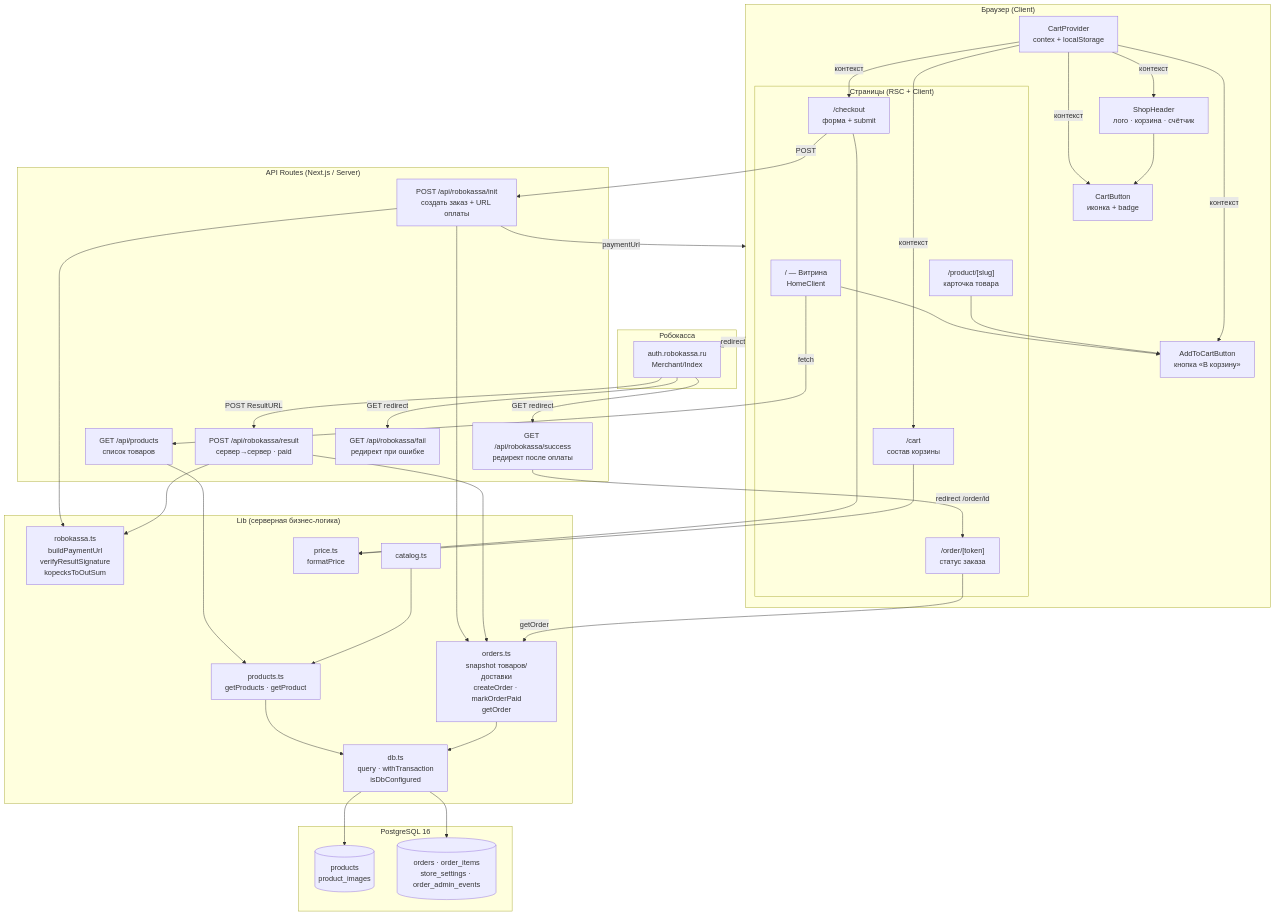
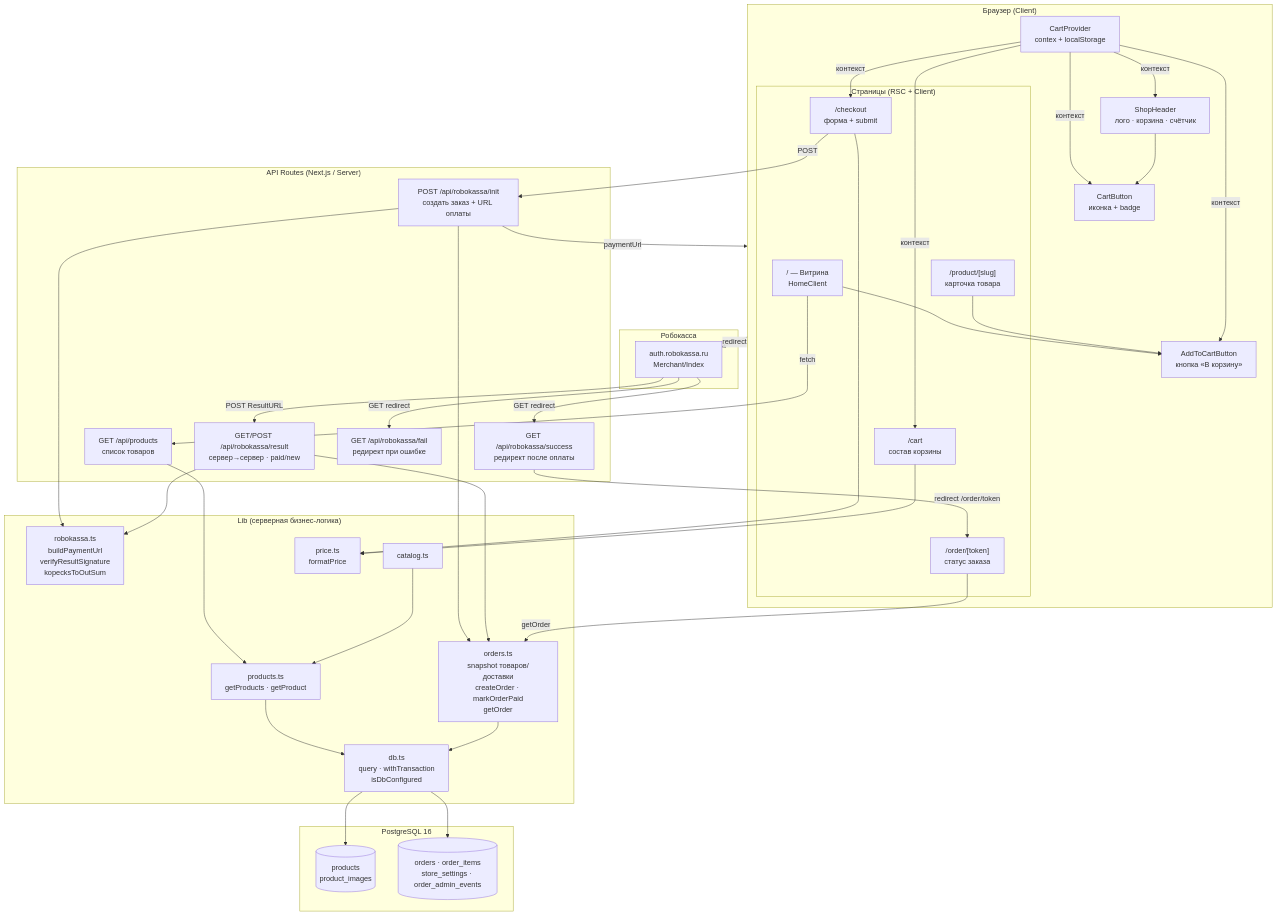
Before and after one commit to alexzah-droid/mavita: the second of 2 diagrams in architecture-components.md, drawn with Mermaid. The commit also changed 11 other files, not shown here.

```diff
--- a/architecture-components.md
+++ b/architecture-components.md
@@ -117,7 +117,7 @@
     subgraph API["API Routes (Next.js / Server)"]
         AP["GET /api/products<br/>список товаров"]
         RI["POST /api/robokassa/init<br/>создать заказ + URL оплаты"]
-        RR["POST /api/robokassa/result<br/>сервер→сервер · paid"]
+        RR["GET/POST /api/robokassa/result<br/>сервер→сервер · paid/new"]
         RS["GET /api/robokassa/success<br/>редирект после оплаты"]
         RF["GET /api/robokassa/fail<br/>редирект при ошибке"]
     end
@@ -163,7 +163,7 @@
     RK -->|POST ResultURL| RR
     RK -->|GET redirect| RS
     RK -->|GET redirect| RF
-    RS -->|redirect /order/id| OR
+    RS -->|redirect /order/token| OR
     OR -->|getOrder| LO
 
     %% Shared lib
```
